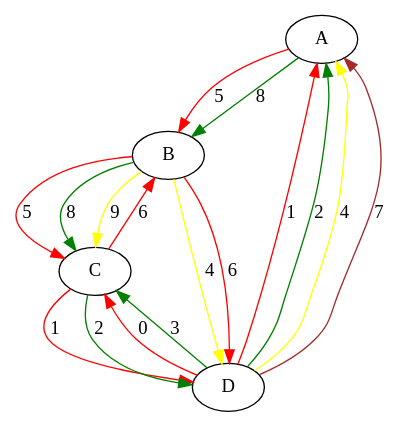
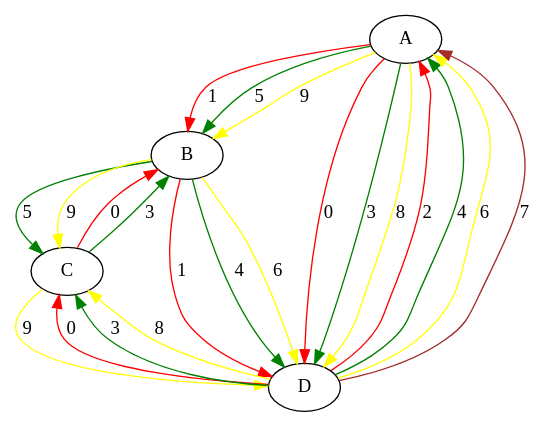
One commit to Hebbe1234/ExpectAll changed the diagram in src/assignedGraphs/assigned.dot. Above: the diagram before and after it, drawn with Graphviz. The commit also changed 2 other files, not shown here.

```diff
--- a/src/assignedGraphs/assigned.dot
+++ b/src/assignedGraphs/assigned.dot
@@ -1,22 +1,27 @@
 digraph "G" {
 A;
 B;
 C;
 D;
-A -> B  [color=red, key=0, label=5];
-A -> B  [color=green, key=1, label=8];
-B -> D  [color=yellow, key=0, label=4];
-B -> D  [color=red, key=1, label=6];
-B -> C  [color=red, key=0, label=5];
-B -> C  [color=green, key=1, label=8];
-B -> C  [color=yellow, key=2, label=9];
-C -> D  [color=red, key=0, label=1];
-C -> D  [color=green, key=1, label=2];
-C -> B  [color=red, key=0, label=6];
+A -> D  [color=red, key=0, label=0];
+A -> D  [color=green, key=1, label=3];
+A -> D  [color=yellow, key=2, label=8];
+A -> B  [color=red, key=0, label=1];
+A -> B  [color=green, key=1, label=5];
+A -> B  [color=yellow, key=2, label=9];
+B -> D  [color=red, key=0, label=1];
+B -> D  [color=green, key=1, label=4];
+B -> D  [color=yellow, key=2, label=6];
+B -> C  [color=green, key=0, label=5];
+B -> C  [color=yellow, key=1, label=9];
+C -> B  [color=red, key=0, label=0];
+C -> B  [color=green, key=1, label=3];
+C -> D  [color=yellow, key=0, label=9];
 D -> C  [color=red, key=0, label=0];
 D -> C  [color=green, key=1, label=3];
-D -> A  [color=red, key=0, label=1];
-D -> A  [color=green, key=1, label=2];
-D -> A  [color=yellow, key=2, label=4];
+D -> C  [color=yellow, key=2, label=8];
+D -> A  [color=red, key=0, label=2];
+D -> A  [color=green, key=1, label=4];
+D -> A  [color=yellow, key=2, label=6];
 D -> A  [color=brown, key=3, label=7];
 }
```
